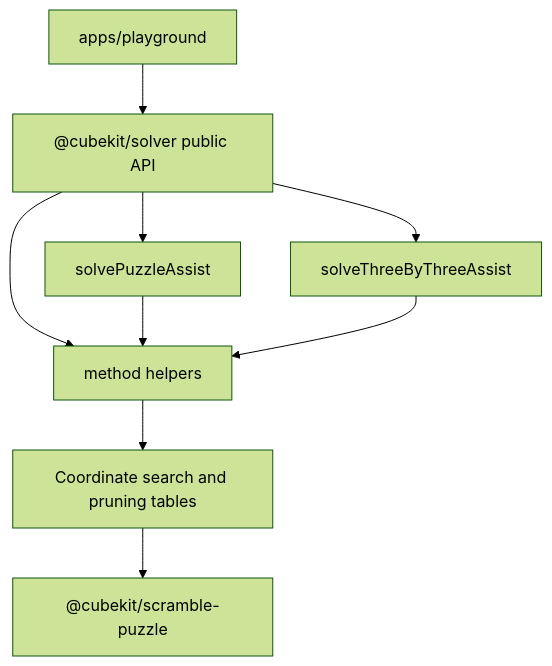
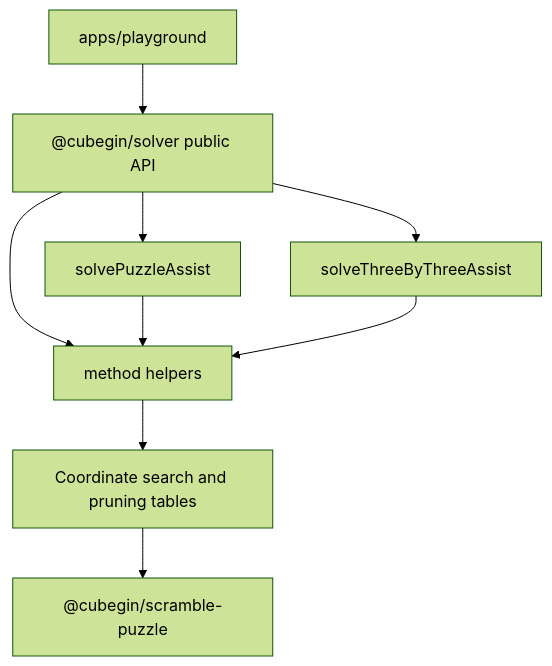
Before and after one commit to deweyou/cube-kit: the diagram in docs/packages/solver/index.md, drawn with Mermaid (forest theme). The commit also changed other lines of this file and 164 other files, not shown here.

````diff
--- a/docs/packages/solver/index.md
+++ b/docs/packages/solver/index.md
@@ -3,11 +3,11 @@
 ```mermaid
 flowchart TD
-    Public["@cubekit/solver public API"] --> Facade["solvePuzzleAssist"]
+    Public["@cubegin/solver public API"] --> Facade["solvePuzzleAssist"]
     Public --> ThreeFacade["solveThreeByThreeAssist"]
     Public --> Methods["method helpers"]
     Facade --> Methods
     ThreeFacade --> Methods
     Methods --> Search["Coordinate search and pruning tables"]
-    Search --> Puzzle["@cubekit/scramble-puzzle"]
+    Search --> Puzzle["@cubegin/scramble-puzzle"]
     Playground["apps/playground"] --> Public
 ```
````
